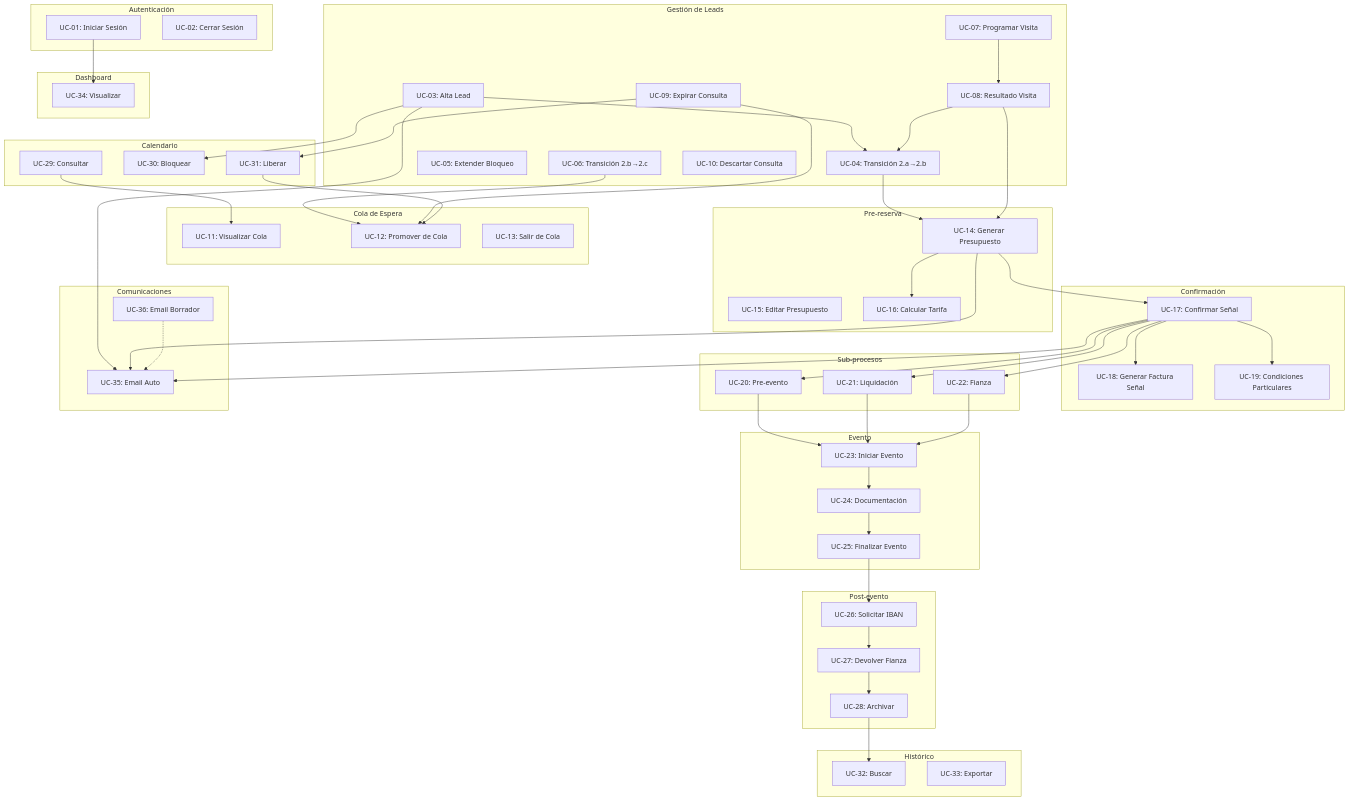
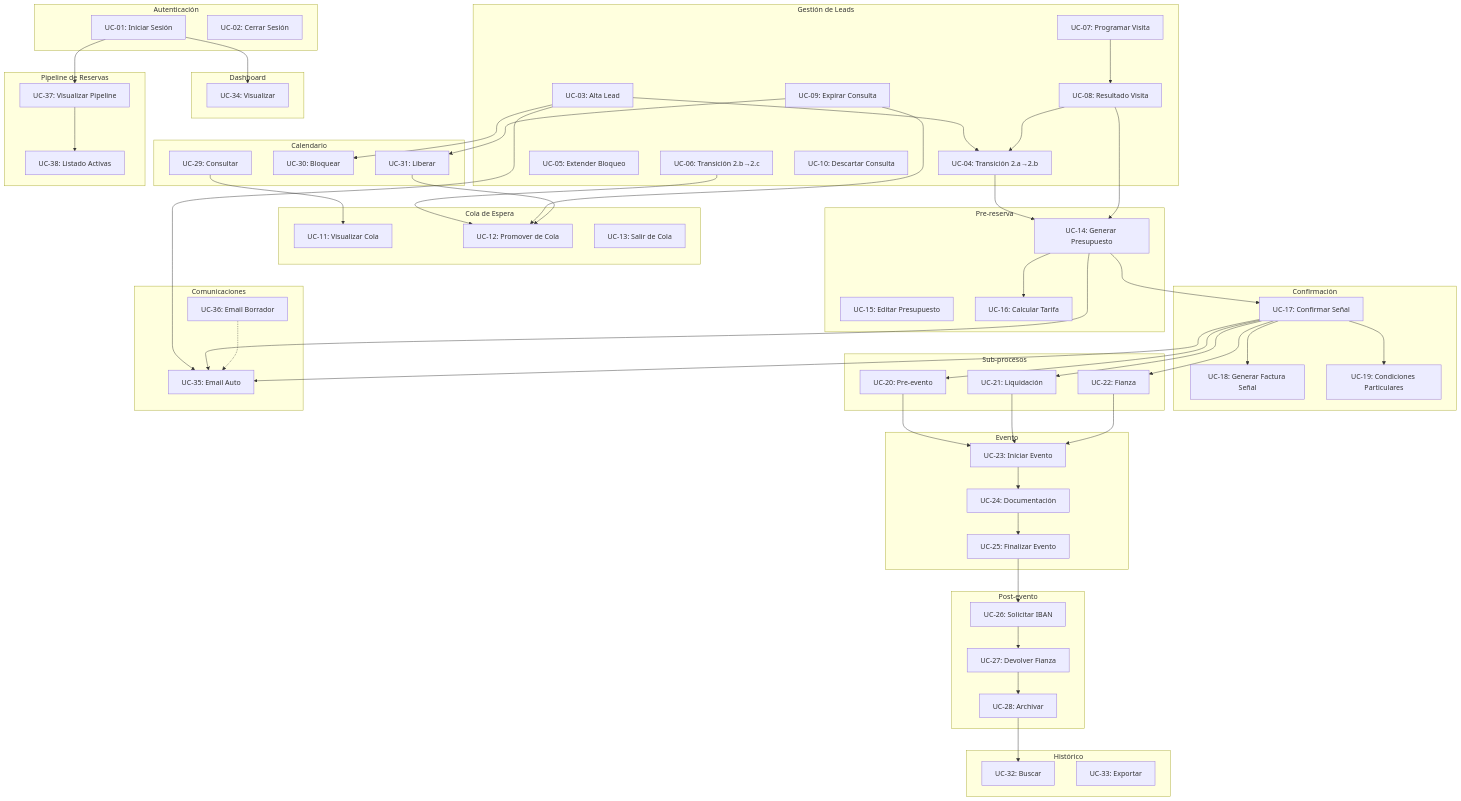
Diagram 18 of 19 in docs/use-cases.md (rvila89/slotify), drawn with Mermaid before and after one commit. The commit also changed other lines of this file and 5 other files, not shown here.

First line of the commit message:
docs(us-049/050): añadir UC-37/38 y US-049/050 — Pipeline de Reservas Activas

```diff
--- a/docs/use-cases.md
+++ b/docs/use-cases.md
@@ -1882,8 +1950,15 @@
         UC36[UC-36: Email Borrador]
     end
     
+    subgraph Pipeline[Pipeline de Reservas]
+        UC37[UC-37: Visualizar Pipeline]
+        UC38[UC-38: Listado Activas]
+    end
+    
     %% Flujo principal
     UC01 --> UC34
+    UC01 --> UC37
+    UC37 --> UC38
     UC03 --> UC04
     UC03 --> UC30
     UC04 --> UC14
```
